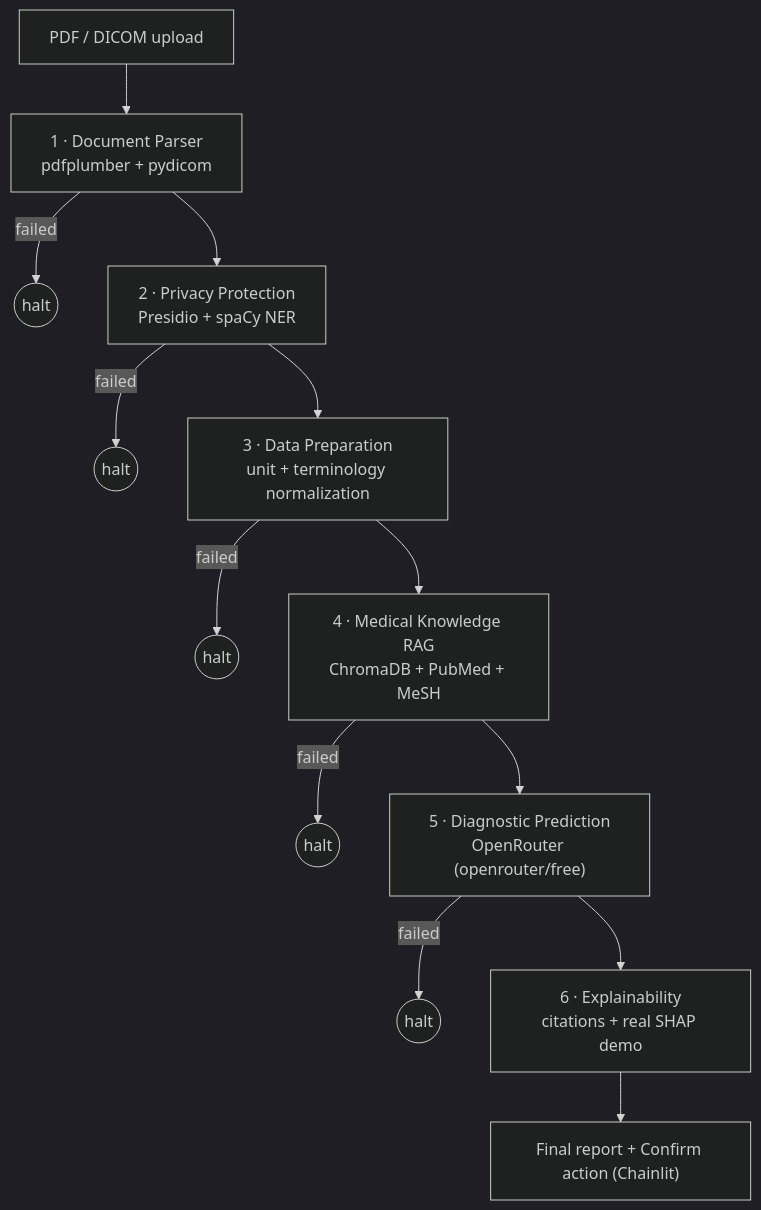
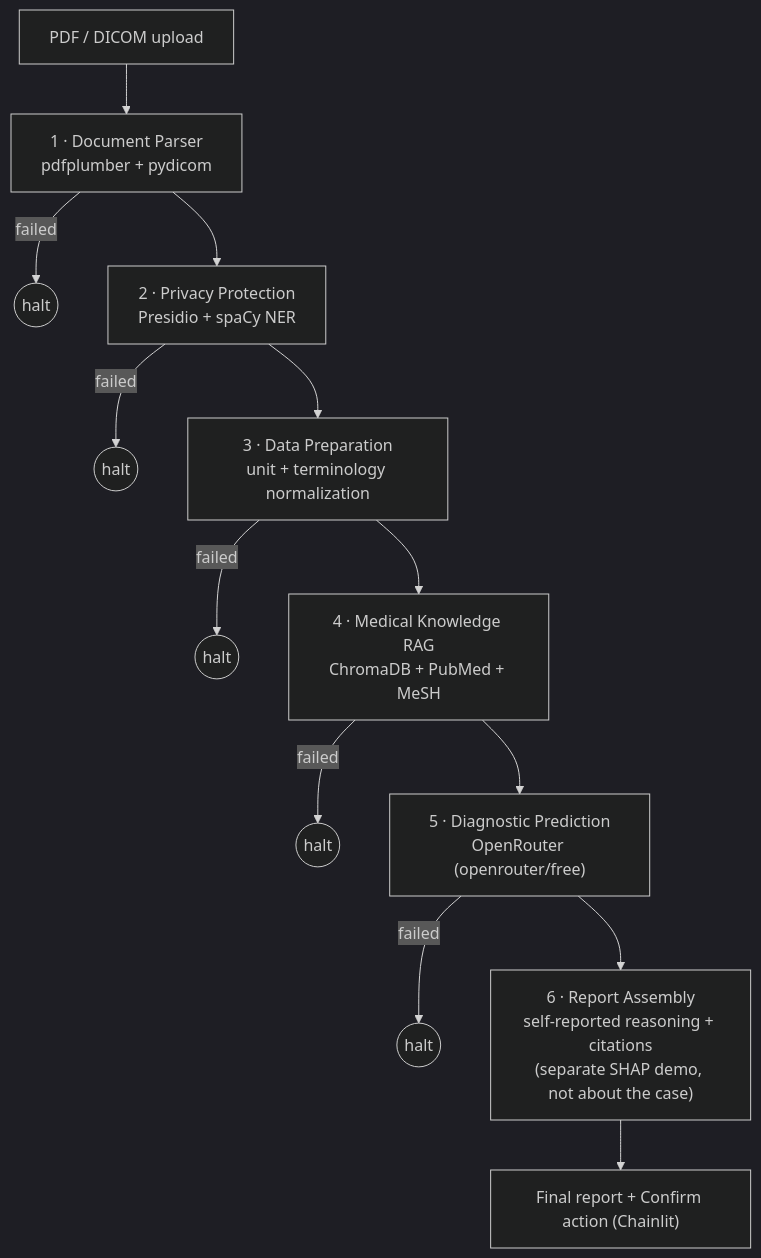
Before and after one commit to dineshyadav03/glassbox-md: the diagram in README.md, drawn with Mermaid (dark theme). The commit also changed other lines of this file and 1 other file, not shown here.

````diff
--- a/README.md
+++ b/README.md
@@ -35,15 +84,15 @@
 ```mermaid
 flowchart TD
     IN["PDF / DICOM upload"] --> P1
     P1["1 · Document Parser<br/>pdfplumber + pydicom"] -->|failed| END1(("halt"))
     P1 --> P2["2 · Privacy Protection<br/>Presidio + spaCy NER"]
     P2 -->|failed| END2(("halt"))
     P2 --> P3["3 · Data Preparation<br/>unit + terminology normalization"]
     P3 -->|failed| END3(("halt"))
     P3 --> P4["4 · Medical Knowledge RAG<br/>ChromaDB + PubMed + MeSH"]
     P4 -->|failed| END4(("halt"))
     P4 --> P5["5 · Diagnostic Prediction<br/>OpenRouter (openrouter/free)"]
     P5 -->|failed| END5(("halt"))
-    P5 --> P6["6 · Explainability<br/>citations + real SHAP demo"]
+    P5 --> P6["6 · Report Assembly<br/>self-reported reasoning + citations<br/>(separate SHAP demo, not about the case)"]
     P6 --> OUT["Final report + Confirm action (Chainlit)"]
 ```
````
